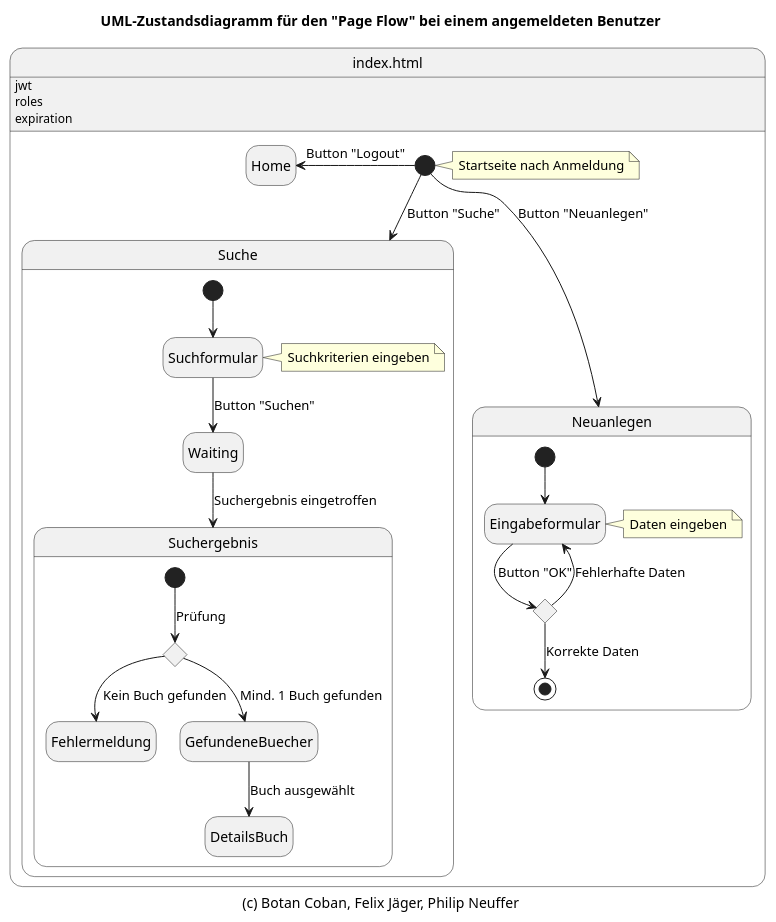
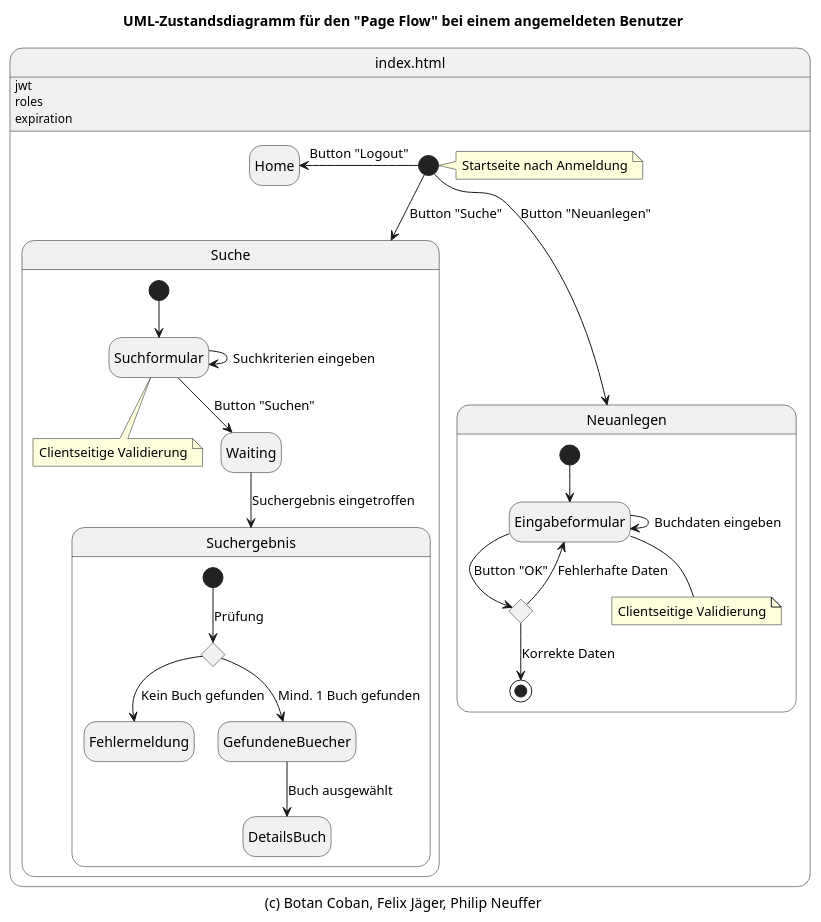
One commit to rirag12345/SWE-Abgabe-2-Gruppe-1 changed the diagram in extras/docs/zustandsdiagramm_angemeldet.puml. Above: the diagram before and after it, drawn with PlantUML. The commit also changed 2 other files, not shown here.

Commit message:
docs: updated state diagrams to include client-side validation notes and improved transitions for user input forms

```diff
--- a/extras/docs/zustandsdiagramm_angemeldet.puml
+++ b/extras/docs/zustandsdiagramm_angemeldet.puml
@@ -1,54 +1,56 @@
 @startuml zustandsdiagramm_angemeldet
 
 hide empty description
 
 title UML-Zustandsdiagramm für den "Page Flow" bei einem angemeldeten Benutzer
 caption (c) Botan Coban, Felix Jäger, Philip Neuffer
 
 state "index.html" as index {
 index : jwt
 index : roles
 index : expiration
 
 state Suche{
 
     [*] --> Suchformular
-    note "Suchkriterien eingeben" as note
-    Suchformular -right-> note
+    Suchformular --> Suchformular : Suchkriterien eingeben
+    note "Clientseitige Validierung" as note
+    Suchformular --> note
 
     Suchformular --> Waiting: Button "Suchen"
 
     state Suchergebnis{
         state c <<choice>>
         [*] --> c : Prüfung
         c --> Fehlermeldung: Kein Buch gefunden
         c --> GefundeneBuecher: Mind. 1 Buch gefunden
         GefundeneBuecher --> DetailsBuch : Buch ausgewählt
     }
 
     Waiting --> Suchergebnis : Suchergebnis eingetroffen
 }
 
 state Neuanlegen {
     state c2 <<choice>>
 
     [*] --> Eingabeformular
-    note "Daten eingeben" as note2
-    Eingabeformular -right-> note2
+    Eingabeformular --> Eingabeformular : Buchdaten eingeben
+    note "Clientseitige Validierung" as note3
+    Eingabeformular --> note3
 
     Eingabeformular --> c2: Button "OK"
     c2 -up-> Eingabeformular: Fehlerhafte Daten
 
     c2 --> [*]: Korrekte Daten
 }
 
 [*] --> Suche: Button "Suche"
 [*] --> Neuanlegen: Button "Neuanlegen"
 
 [*] -left-> Home: Button "Logout"
 
-note "Startseite nach Anmeldung" as note
-[*] -right-> note
+note "Startseite nach Anmeldung" as note2
+[*] -right-> note2
 }
 
 @enduml
```
